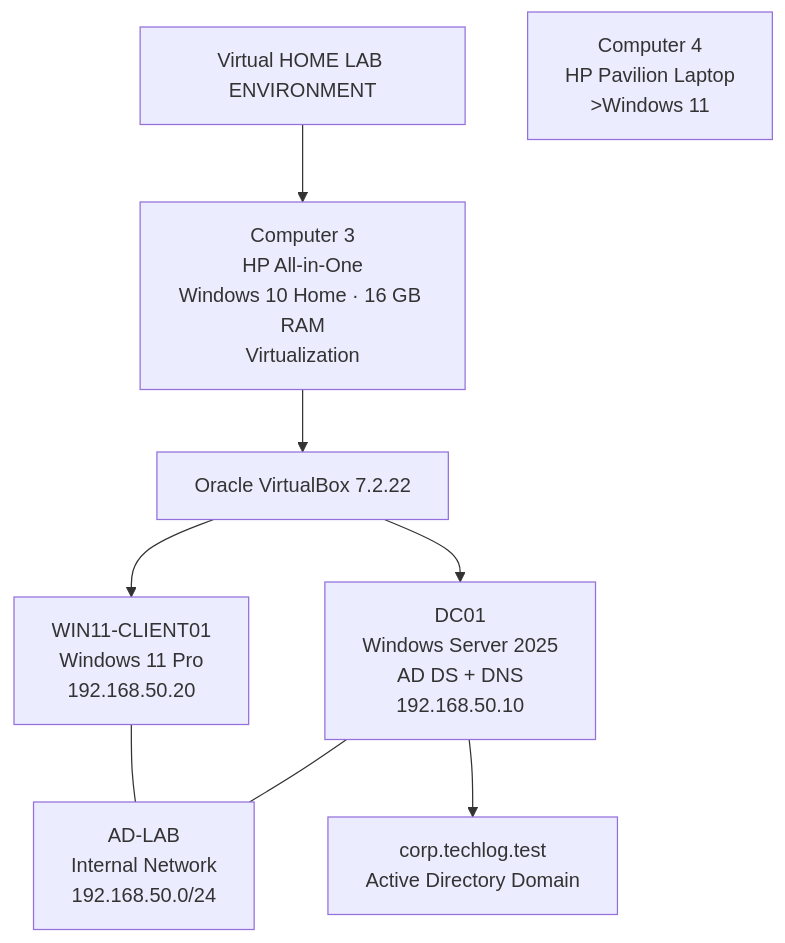
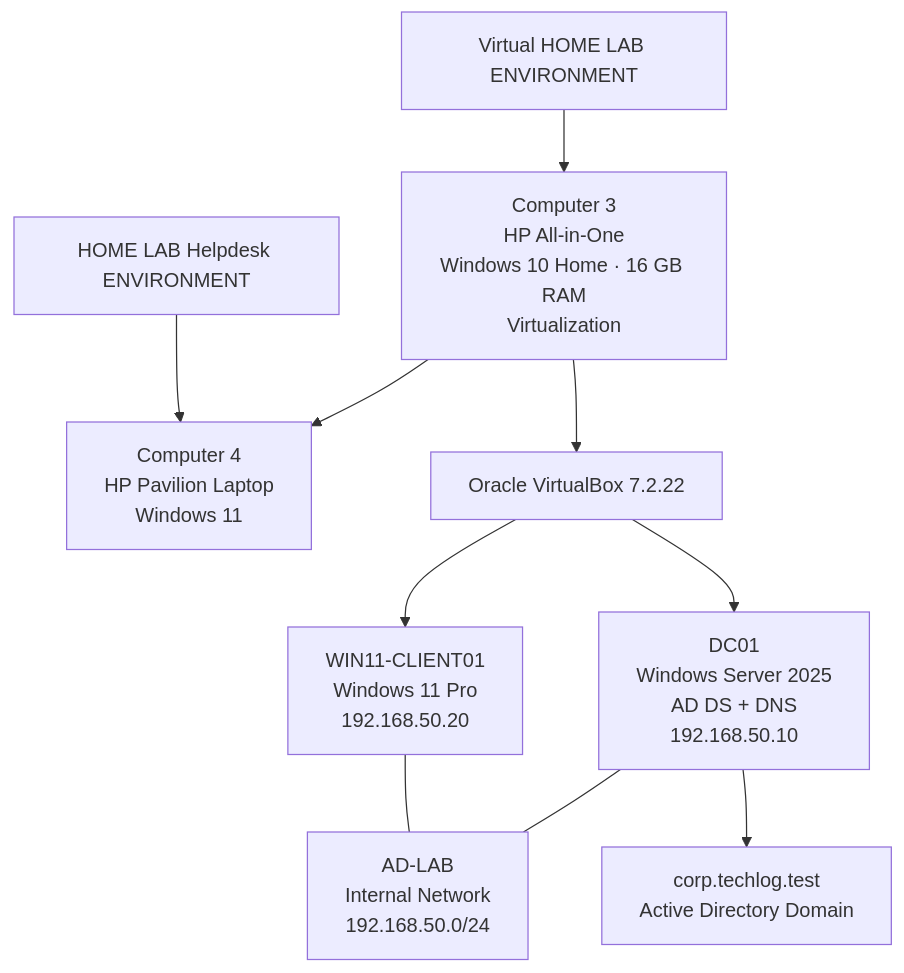
Before and after one commit to aang81a/my-it-support-portfolio: the second of 2 diagrams in PROJECTS/01-lab-environment/lab-environment-overview.md, drawn with Mermaid.

````diff
--- a/PROJECTS/01-lab-environment/lab-environment-overview.md
+++ b/PROJECTS/01-lab-environment/lab-environment-overview.md
@@ -47,22 +47,25 @@
 ```mermaid
 flowchart TB
     HOME["Virtual HOME LAB ENVIRONMENT"]
+    TITLE["HOME LAB Helpdesk ENVIRONMENT"]
 
     C3["Computer 3<br/>HP All-in-One<br/>Windows 10 Home · 16 GB RAM<br/>Virtualization"]
-    C4["Computer 4<br/>HP Pavilion Laptop<br/>>Windows 11"]
+    C4["Computer 4<br/>HP Pavilion Laptop<br/>Windows 11"]
 
     VB["Oracle VirtualBox 7.2.22"]
     CLIENT["WIN11-CLIENT01<br/>Windows 11 Pro<br/>192.168.50.20"]
     SERVER["DC01<br/>Windows Server 2025<br/>AD DS + DNS<br/>192.168.50.10"]
     NETWORK["AD-LAB<br/>Internal Network<br/>192.168.50.0/24"]
     DOMAIN["corp.techlog.test<br/>Active Directory Domain"]
 
     HOME --> C3
+    TITLE --> C4
+    C3 --> C4
 
     C3 --> VB
     VB --> CLIENT
     VB --> SERVER
     CLIENT --- NETWORK
     SERVER --- NETWORK
     SERVER --> DOMAIN
 ```
````
